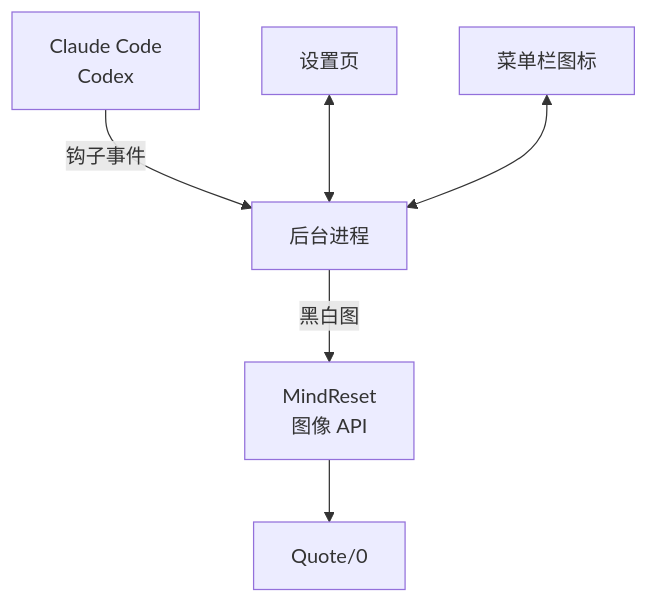
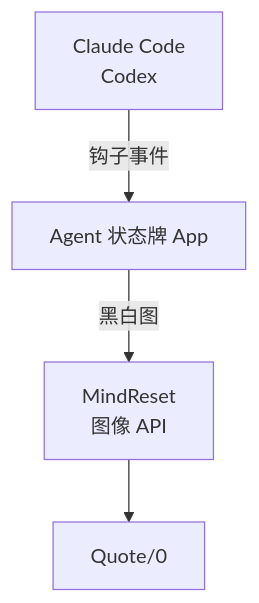
The diagram in README.md (realruian/quote0-agent-board), drawn with Mermaid before and after one commit. The commit also changed other lines of this file and 4 other files, not shown here.

````diff
--- a/README.md
+++ b/README.md
@@ -76,8 +75,6 @@
 ```mermaid
 flowchart TB
-    A["Claude Code<br>Codex"] -- "钩子事件" --> C["后台进程"]
+    A["Claude Code<br>Codex"] -- "钩子事件" --> C["Agent 状态牌 App"]
     C -- "黑白图" --> D["MindReset<br>图像 API"]
     D --> E["Quote/0"]
-    F["设置页"] <--> C
-    G["菜单栏图标"] <--> C
 ```
````
